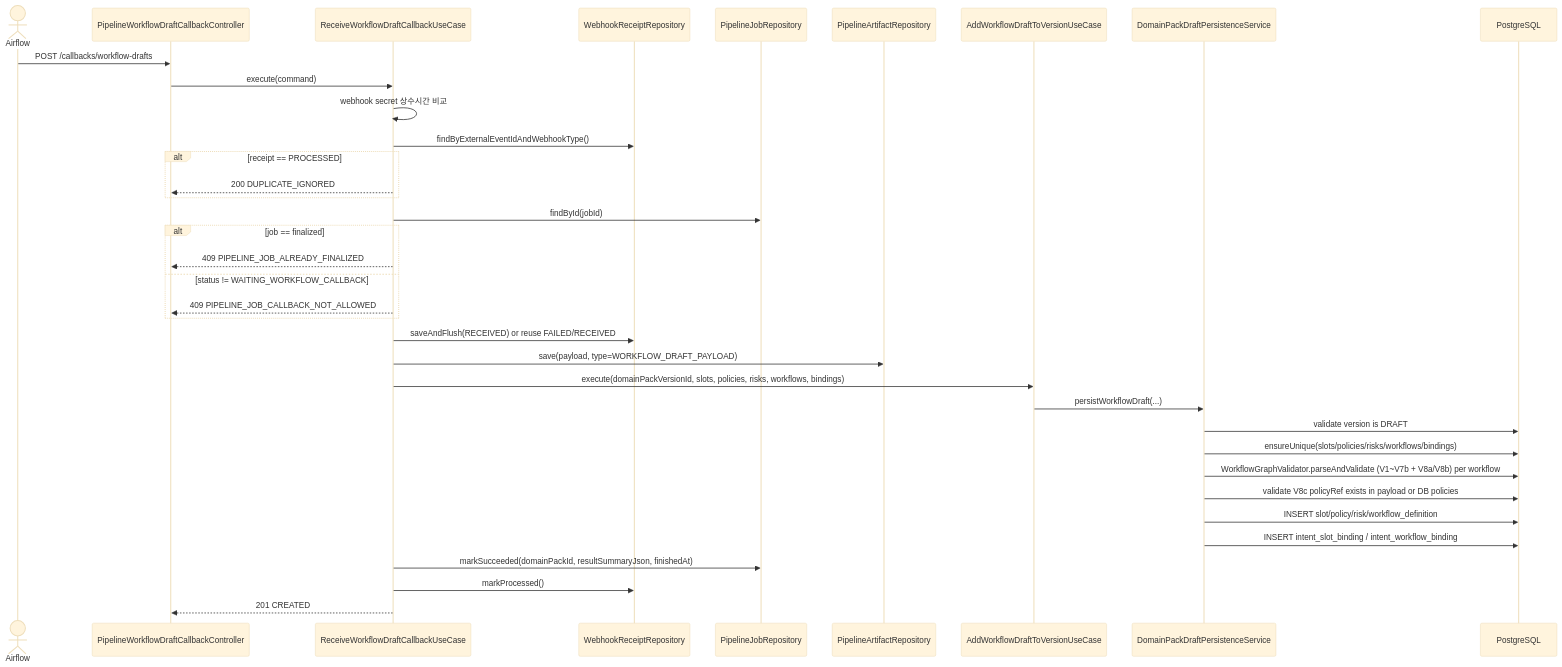
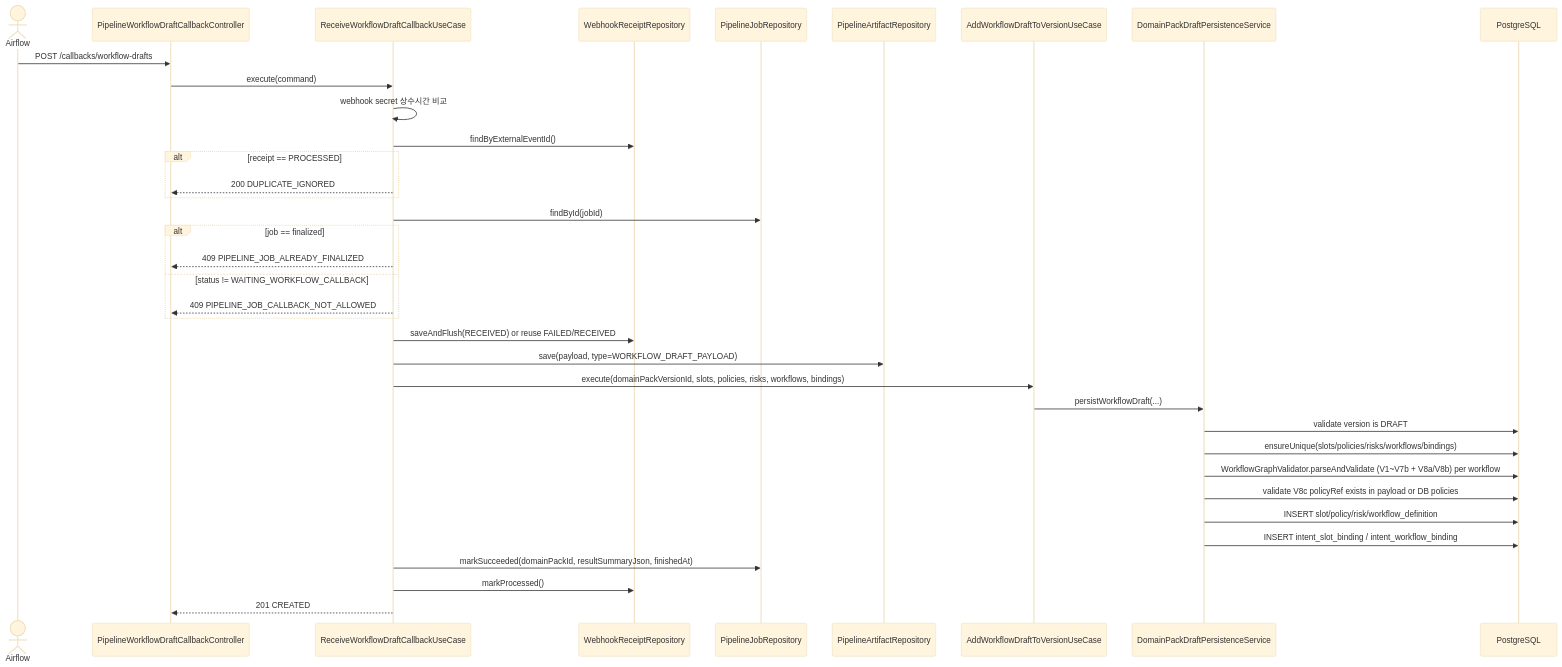
The second of 3 diagrams in .agent/specs/217.md (ajou-2026-1-capstone-5/ostone), drawn with Mermaid (base theme) before and after one commit. The commit also changed other lines of this file, not shown here.

````diff
--- a/.agent/specs/217.md
+++ b/.agent/specs/217.md
@@ -310,39 +313,39 @@
 ```mermaid
 sequenceDiagram
     actor airflow as Airflow
     participant ctrl as PipelineWorkflowDraftCallbackController
     participant cb as ReceiveWorkflowDraftCallbackUseCase
     participant receiptRepo as WebhookReceiptRepository
     participant jobRepo as PipelineJobRepository
     participant artifactRepo as PipelineArtifactRepository
     participant addUc as AddWorkflowDraftToVersionUseCase
     participant draftSvc as DomainPackDraftPersistenceService
     participant db as PostgreSQL
 
     airflow ->> ctrl: POST /callbacks/workflow-drafts
     ctrl ->> cb: execute(command)
     cb ->> cb: webhook secret 상수시간 비교
-    cb ->> receiptRepo: findByExternalEventIdAndWebhookType()
+    cb ->> receiptRepo: findByExternalEventId()
     alt receipt == PROCESSED
         cb -->> ctrl: 200 DUPLICATE_IGNORED
     end
     cb ->> jobRepo: findById(jobId)
     alt job == finalized
         cb -->> ctrl: 409 PIPELINE_JOB_ALREADY_FINALIZED
     else status != WAITING_WORKFLOW_CALLBACK
         cb -->> ctrl: 409 PIPELINE_JOB_CALLBACK_NOT_ALLOWED
     end
     cb ->> receiptRepo: saveAndFlush(RECEIVED) or reuse FAILED/RECEIVED
     cb ->> artifactRepo: save(payload, type=WORKFLOW_DRAFT_PAYLOAD)
     cb ->> addUc: execute(domainPackVersionId, slots, policies, risks, workflows, bindings)
     addUc ->> draftSvc: persistWorkflowDraft(...)
     draftSvc ->> db: validate version is DRAFT
     draftSvc ->> db: ensureUnique(slots/policies/risks/workflows/bindings)
     draftSvc ->> db: WorkflowGraphValidator.parseAndValidate (V1~V7b + V8a/V8b) per workflow
     draftSvc ->> db: validate V8c policyRef exists in payload or DB policies
     draftSvc ->> db: INSERT slot/policy/risk/workflow_definition
     draftSvc ->> db: INSERT intent_slot_binding / intent_workflow_binding
     cb ->> jobRepo: markSucceeded(domainPackId, resultSummaryJson, finishedAt)
     cb ->> receiptRepo: markProcessed()
     cb -->> ctrl: 201 CREATED
 ```
````
